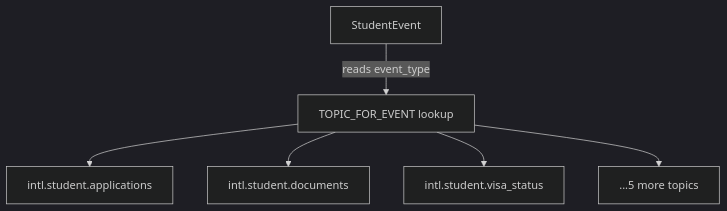
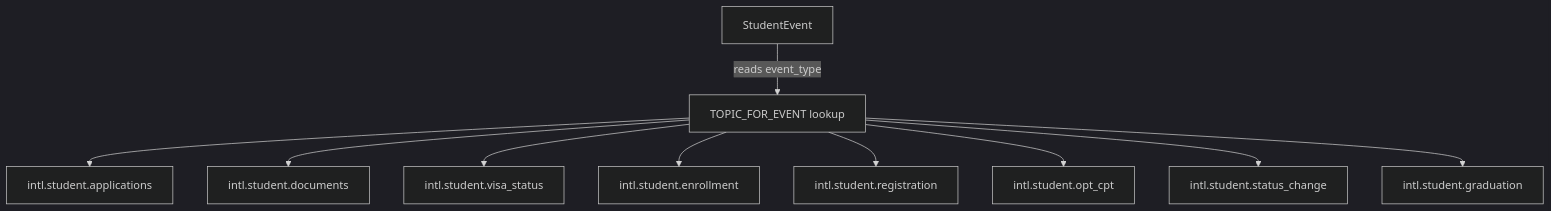
The second of 4 diagrams in Data Generator/README.md (mohsenyniki/eduflow), drawn with Mermaid (dark theme) before and after one commit. The commit also changed 1 other file, not shown here.

Commit message:
update datagenerator read.me

````diff
--- a/Data Generator/README.md
+++ b/Data Generator/README.md
@@ -30,8 +30,12 @@
 ```mermaid
 flowchart TD
     A[StudentEvent] -->|reads event_type| B[TOPIC_FOR_EVENT lookup]
     B --> C[intl.student.applications]
     B --> D[intl.student.documents]
     B --> E[intl.student.visa_status]
-    B --> F[...5 more topics]
+    B --> F[intl.student.enrollment]
+    B --> G[intl.student.registration]
+    B --> H[intl.student.opt_cpt]
+    B --> I[intl.student.status_change]
+    B --> J[intl.student.graduation]
 ```
````
